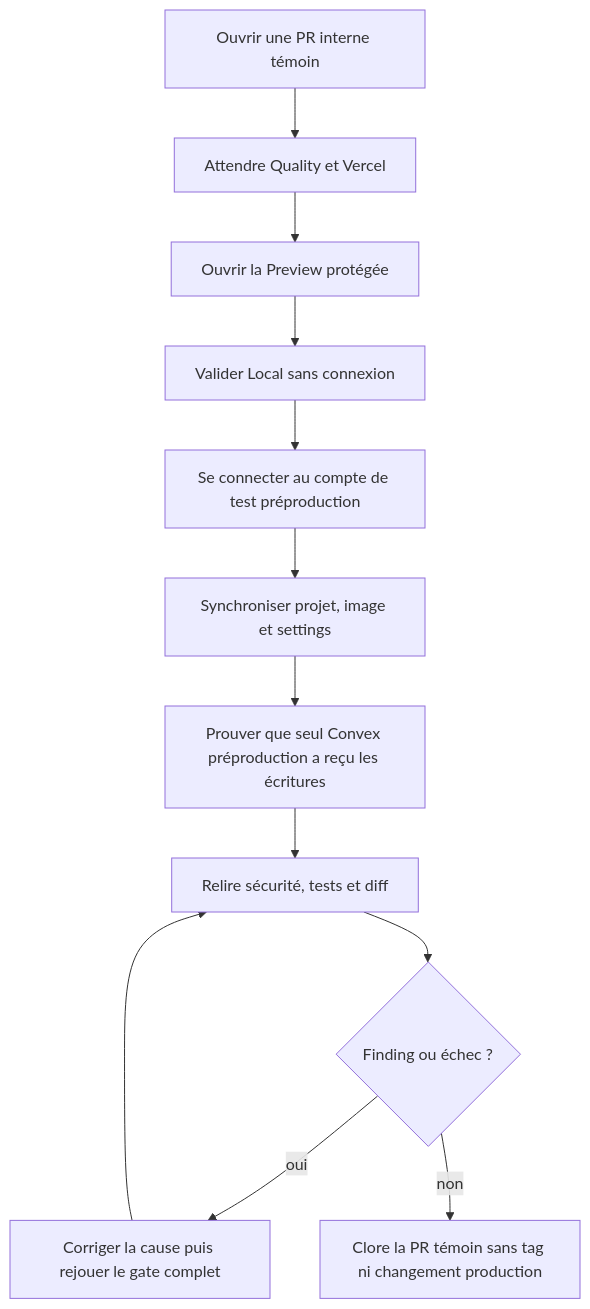
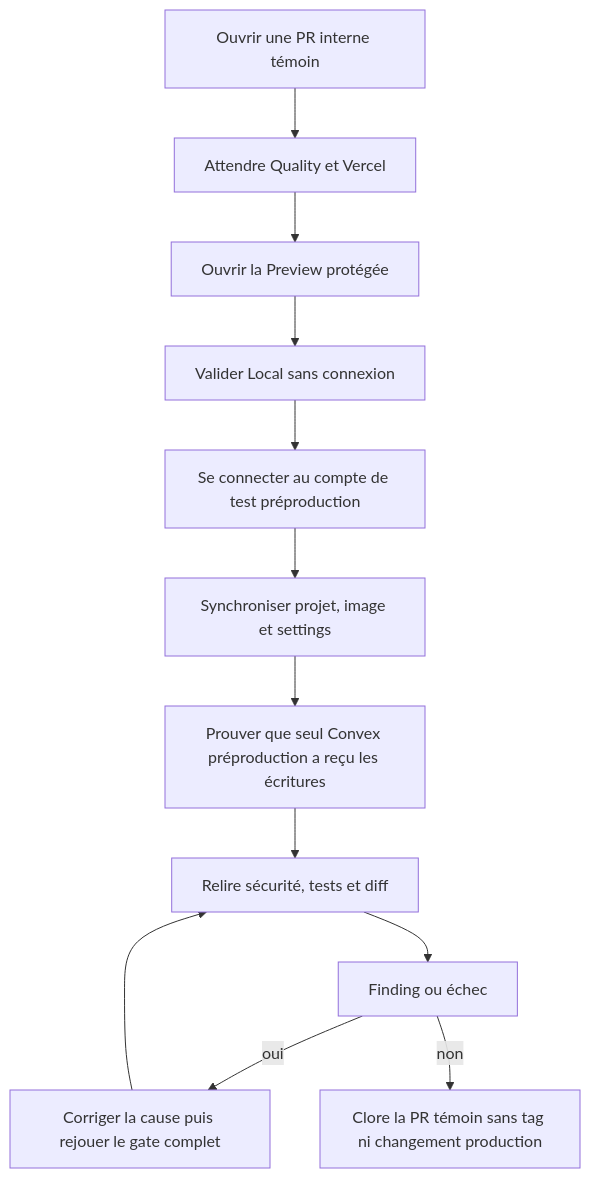
Before and after one commit to neogenz/screenforge: the first of 2 diagrams in aidd_docs/tasks/2026_08/2026_08_16_vercel-pr-previews/phase-4.md, drawn with Mermaid. The commit also changed other lines of this file and 139 other files, not shown here.

````diff
--- a/aidd_docs/tasks/2026_08/2026_08_16_vercel-pr-previews/phase-4.md
+++ b/aidd_docs/tasks/2026_08/2026_08_16_vercel-pr-previews/phase-4.md
@@ -30,14 +28,14 @@
 ```mermaid
 flowchart TD
   A["Ouvrir une PR interne témoin"] --> B["Attendre Quality et Vercel"]
   B --> C["Ouvrir la Preview protégée"]
   C --> D["Valider Local sans connexion"]
   D --> E["Se connecter au compte de test préproduction"]
   E --> F["Synchroniser projet, image et settings"]
   F --> G["Prouver que seul Convex préproduction a reçu les écritures"]
   G --> H["Relire sécurité, tests et diff"]
-  H --> I{"Finding ou échec ?"}
+  H --> I["Finding ou échec"]
   I -->|"oui"| J["Corriger la cause puis rejouer le gate complet"]
   J --> H
   I -->|"non"| K["Clore la PR témoin sans tag ni changement production"]
 ```
````
